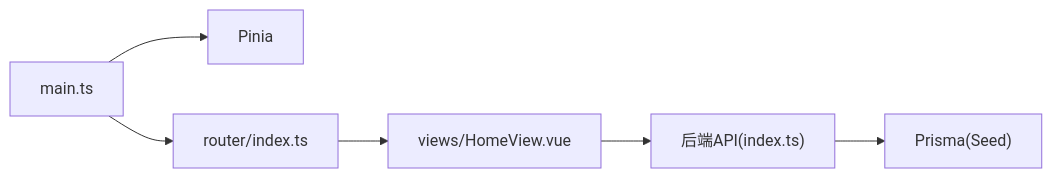
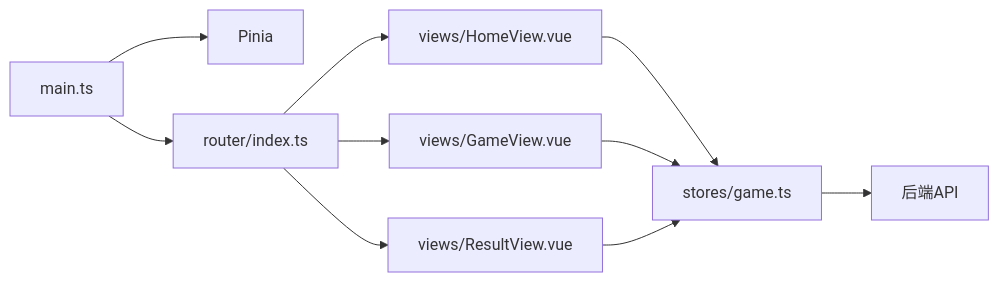
Before and after one commit to iazrael/feihua-ling: the fourth of 5 diagrams in .qoder/repowiki/zh/content/核心功能设计/游戏状态管理.md, drawn with Mermaid. The commit also changed other lines of this file and 10 other files, not shown here.

````diff
--- a/.qoder/repowiki/zh/content/核心功能设计/游戏状态管理.md
+++ b/.qoder/repowiki/zh/content/核心功能设计/游戏状态管理.md
@@ -214,8 +216,12 @@
 ```mermaid
 graph LR
 Main["main.ts"] --> Pinia["Pinia"]
 Main --> Router["router/index.ts"]
 Router --> Home["views/HomeView.vue"]
-Home --> API["后端API(index.ts)"]
-API --> Prisma["Prisma(Seed)"]
+Router --> Game["views/GameView.vue"]
+Router --> Result["views/ResultView.vue"]
+Home --> Store["stores/game.ts"]
+Game --> Store
+Result --> Store
+Store --> API["后端API"]
 ```
````
